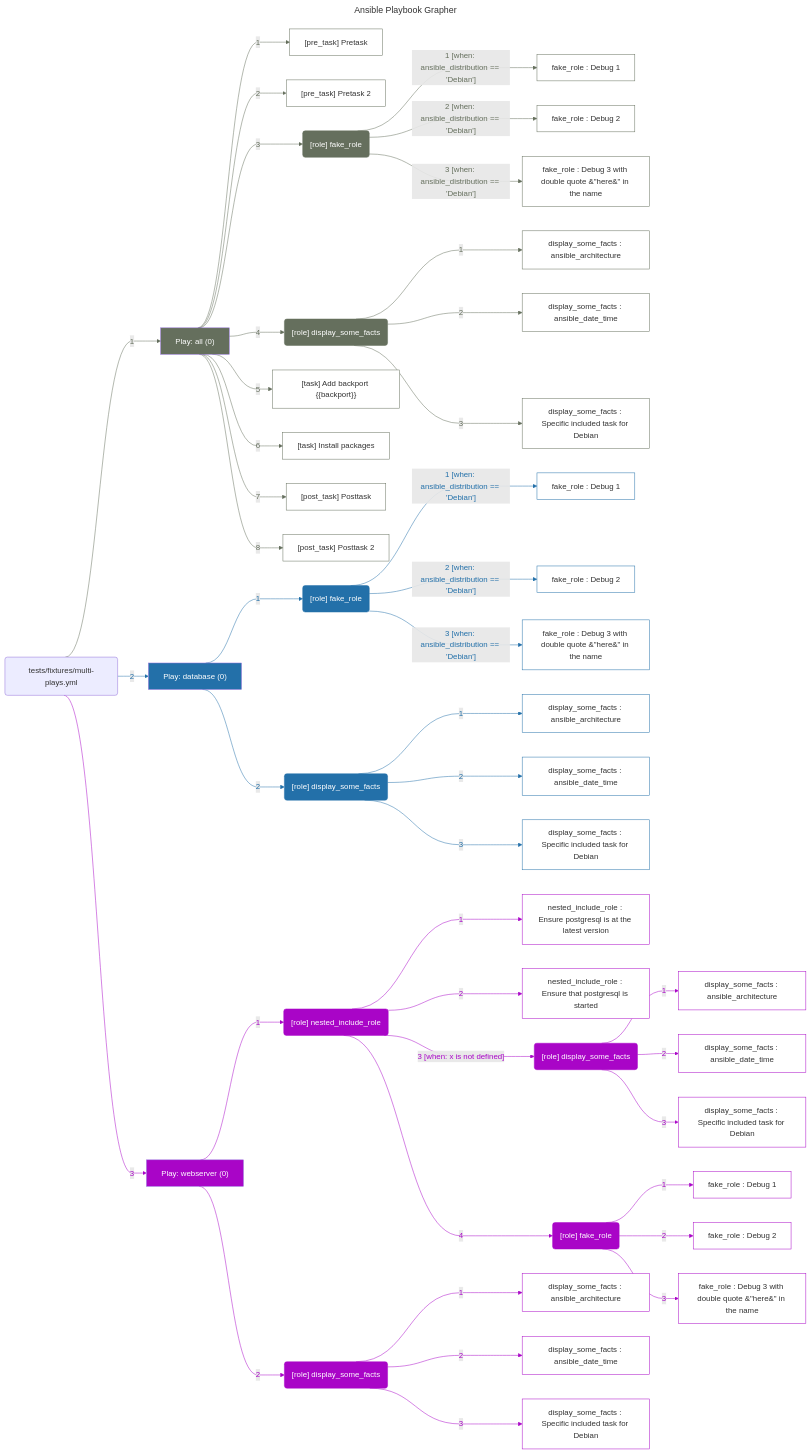
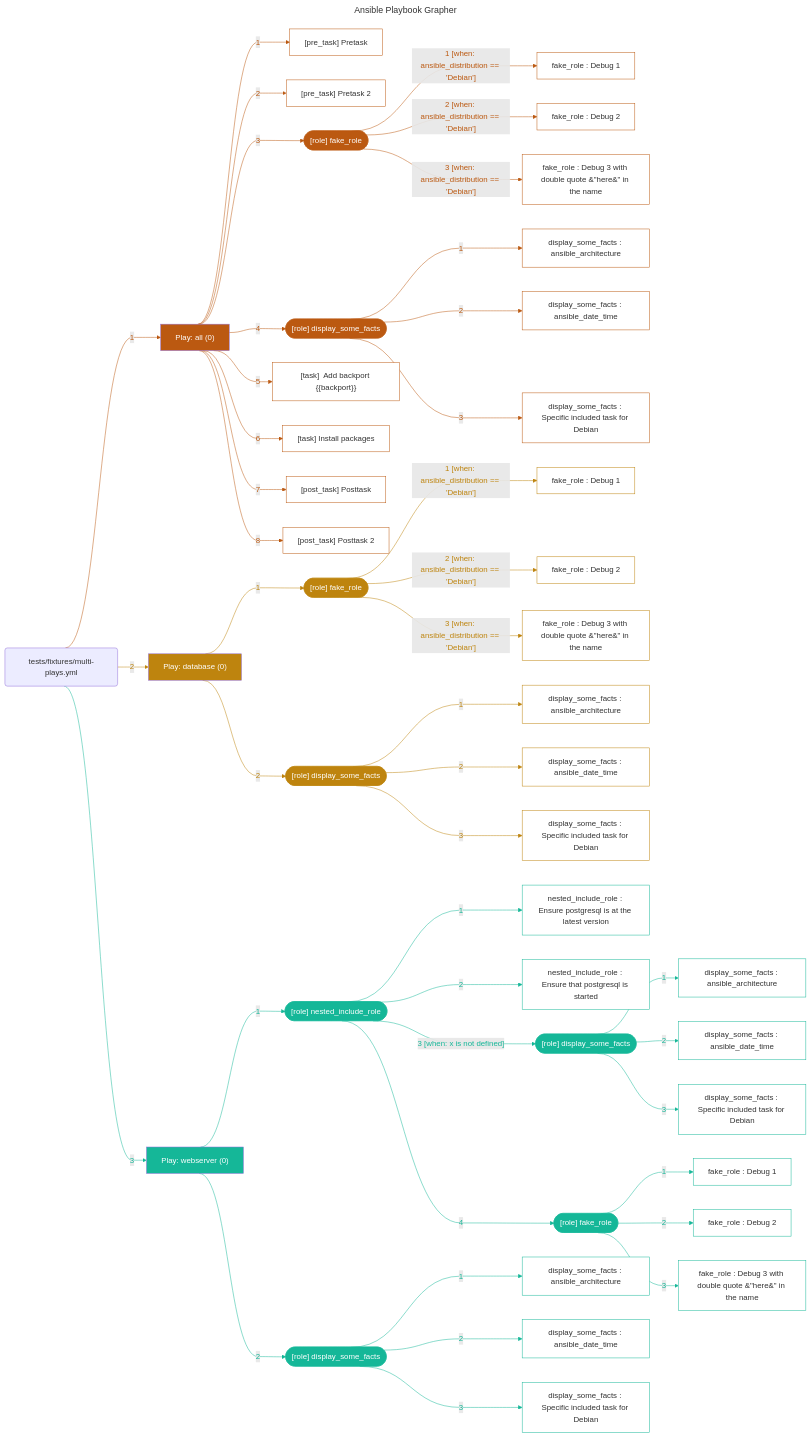
The diagram in README.md (haidaraM/ansible-playbook-grapher), drawn with Mermaid before and after one commit. The commit also changed other lines of this file and 1 other file, not shown here.

Commit message:
fix(mermaid): More rounded role node for consistency with graphviz

````diff
--- a/README.md
+++ b/README.md
@@ -113,189 +113,191 @@
 ---
 %%{ init: { "flowchart": { "curve": "bumpX" } } }%%
 flowchart LR
-%% Start of the playbook 'tests/fixtures/multi-plays.yml'
-    playbook_34b89e53("tests/fixtures/multi-plays.yml")
-%% Start of the play 'Play: all (0)'
-    play_8c4134b8["Play: all (0)"]
-    style play_8c4134b8 fill:#656f5d, color:#ffffff
-    playbook_34b89e53 -->|" 1 "| play_8c4134b8
-    linkStyle 0 stroke:#656f5d, color:#656f5d
-    pre_task_dd2c1b7d["[pre_task] Pretask"]
-    style pre_task_dd2c1b7d stroke:#656f5d, fill:#ffffff
-    play_8c4134b8 -->|" 1 "| pre_task_dd2c1b7d
-    linkStyle 1 stroke:#656f5d, color:#656f5d
-    pre_task_bc33639f["[pre_task] Pretask 2"]
-    style pre_task_bc33639f stroke:#656f5d, fill:#ffffff
-    play_8c4134b8 -->|" 2 "| pre_task_bc33639f
-    linkStyle 2 stroke:#656f5d, color:#656f5d
-%% Start of the role 'fake_role'
-    play_8c4134b8 -->|" 3 "| role_f4e6fb4d
-    linkStyle 3 stroke:#656f5d, color:#656f5d
-    role_f4e6fb4d("[role] fake_role")
-    style role_f4e6fb4d fill:#656f5d, color:#ffffff, stroke:#656f5d
-    task_94f7fc58[" fake_role : Debug 1"]
-    style task_94f7fc58 stroke:#656f5d, fill:#ffffff
-    role_f4e6fb4d -->|" 1 [when: ansible_distribution == 'Debian'] "| task_94f7fc58
-    linkStyle 4 stroke:#656f5d, color:#656f5d
-    task_bd56c6b5[" fake_role : Debug 2"]
-    style task_bd56c6b5 stroke:#656f5d, fill:#ffffff
-    role_f4e6fb4d -->|" 2 [when: ansible_distribution == 'Debian'] "| task_bd56c6b5
-    linkStyle 5 stroke:#656f5d, color:#656f5d
-    task_4f51a1cc[" fake_role : Debug 3 with double quote &#34;here&#34; in the name"]
-    style task_4f51a1cc stroke:#656f5d, fill:#ffffff
-    role_f4e6fb4d -->|" 3 [when: ansible_distribution == 'Debian'] "| task_4f51a1cc
-    linkStyle 6 stroke:#656f5d, color:#656f5d
-%% End of the role 'fake_role'
-%% Start of the role 'display_some_facts'
-    play_8c4134b8 -->|" 4 "| role_497b8470
-    linkStyle 7 stroke:#656f5d, color:#656f5d
-    role_497b8470("[role] display_some_facts")
-    style role_497b8470 fill:#656f5d, color:#ffffff, stroke:#656f5d
-    task_984b3c44[" display_some_facts : ansible_architecture"]
-    style task_984b3c44 stroke:#656f5d, fill:#ffffff
-    role_497b8470 -->|" 1 "| task_984b3c44
-    linkStyle 8 stroke:#656f5d, color:#656f5d
-    task_3cb4a46c[" display_some_facts : ansible_date_time"]
-    style task_3cb4a46c stroke:#656f5d, fill:#ffffff
-    role_497b8470 -->|" 2 "| task_3cb4a46c
-    linkStyle 9 stroke:#656f5d, color:#656f5d
-    task_715c2049[" display_some_facts : Specific included task for Debian"]
-    style task_715c2049 stroke:#656f5d, fill:#ffffff
-    role_497b8470 -->|" 3 "| task_715c2049
-    linkStyle 10 stroke:#656f5d, color:#656f5d
-%% End of the role 'display_some_facts'
-    task_d8b579ea["[task] Add backport {{backport}}"]
-    style task_d8b579ea stroke:#656f5d, fill:#ffffff
-    play_8c4134b8 -->|" 5 "| task_d8b579ea
-    linkStyle 11 stroke:#656f5d, color:#656f5d
-    task_99117197["[task] Install packages"]
-    style task_99117197 stroke:#656f5d, fill:#ffffff
-    play_8c4134b8 -->|" 6 "| task_99117197
-    linkStyle 12 stroke:#656f5d, color:#656f5d
-    post_task_f789bda0["[post_task] Posttask"]
-    style post_task_f789bda0 stroke:#656f5d, fill:#ffffff
-    play_8c4134b8 -->|" 7 "| post_task_f789bda0
-    linkStyle 13 stroke:#656f5d, color:#656f5d
-    post_task_08755b4b["[post_task] Posttask 2"]
-    style post_task_08755b4b stroke:#656f5d, fill:#ffffff
-    play_8c4134b8 -->|" 8 "| post_task_08755b4b
-    linkStyle 14 stroke:#656f5d, color:#656f5d
-%% End of the play 'Play: all (0)'
-%% Start of the play 'Play: database (0)'
-    play_40fea3c6["Play: database (0)"]
-    style play_40fea3c6 fill:#2370a9, color:#ffffff
-    playbook_34b89e53 -->|" 2 "| play_40fea3c6
-    linkStyle 15 stroke:#2370a9, color:#2370a9
-%% Start of the role 'fake_role'
-    play_40fea3c6 -->|" 1 "| role_38fdd7bb
-    linkStyle 16 stroke:#2370a9, color:#2370a9
-    role_38fdd7bb("[role] fake_role")
-    style role_38fdd7bb fill:#2370a9, color:#ffffff, stroke:#2370a9
-    task_54a811a1[" fake_role : Debug 1"]
-    style task_54a811a1 stroke:#2370a9, fill:#ffffff
-    role_38fdd7bb -->|" 1 [when: ansible_distribution == 'Debian'] "| task_54a811a1
-    linkStyle 17 stroke:#2370a9, color:#2370a9
-    task_0400749b[" fake_role : Debug 2"]
-    style task_0400749b stroke:#2370a9, fill:#ffffff
-    role_38fdd7bb -->|" 2 [when: ansible_distribution == 'Debian'] "| task_0400749b
-    linkStyle 18 stroke:#2370a9, color:#2370a9
-    task_e453cadd[" fake_role : Debug 3 with double quote &#34;here&#34; in the name"]
-    style task_e453cadd stroke:#2370a9, fill:#ffffff
-    role_38fdd7bb -->|" 3 [when: ansible_distribution == 'Debian'] "| task_e453cadd
-    linkStyle 19 stroke:#2370a9, color:#2370a9
-%% End of the role 'fake_role'
-%% Start of the role 'display_some_facts'
-    play_40fea3c6 -->|" 2 "| role_b05b7094
-    linkStyle 20 stroke:#2370a9, color:#2370a9
-    role_b05b7094("[role] display_some_facts")
-    style role_b05b7094 fill:#2370a9, color:#ffffff, stroke:#2370a9
-    task_153db06e[" display_some_facts : ansible_architecture"]
-    style task_153db06e stroke:#2370a9, fill:#ffffff
-    role_b05b7094 -->|" 1 "| task_153db06e
-    linkStyle 21 stroke:#2370a9, color:#2370a9
-    task_13df99ce[" display_some_facts : ansible_date_time"]
-    style task_13df99ce stroke:#2370a9, fill:#ffffff
-    role_b05b7094 -->|" 2 "| task_13df99ce
-    linkStyle 22 stroke:#2370a9, color:#2370a9
-    task_369b5720[" display_some_facts : Specific included task for Debian"]
-    style task_369b5720 stroke:#2370a9, fill:#ffffff
-    role_b05b7094 -->|" 3 "| task_369b5720
-    linkStyle 23 stroke:#2370a9, color:#2370a9
-%% End of the role 'display_some_facts'
-%% End of the play 'Play: database (0)'
-%% Start of the play 'Play: webserver (0)'
-    play_a68ff4e7["Play: webserver (0)"]
-    style play_a68ff4e7 fill:#a905c7, color:#ffffff
-    playbook_34b89e53 -->|" 3 "| play_a68ff4e7
-    linkStyle 24 stroke:#a905c7, color:#a905c7
-%% Start of the role 'nested_include_role'
-    play_a68ff4e7 -->|" 1 "| role_8bcf64e2
-    linkStyle 25 stroke:#a905c7, color:#a905c7
-    role_8bcf64e2("[role] nested_include_role")
-    style role_8bcf64e2 fill:#a905c7, color:#ffffff, stroke:#a905c7
-    task_bd87cdf3[" nested_include_role : Ensure postgresql is at the latest version"]
-    style task_bd87cdf3 stroke:#a905c7, fill:#ffffff
-    role_8bcf64e2 -->|" 1 "| task_bd87cdf3
-    linkStyle 26 stroke:#a905c7, color:#a905c7
-    task_d7674c4b[" nested_include_role : Ensure that postgresql is started"]
-    style task_d7674c4b stroke:#a905c7, fill:#ffffff
-    role_8bcf64e2 -->|" 2 "| task_d7674c4b
-    linkStyle 27 stroke:#a905c7, color:#a905c7
-%% Start of the role 'display_some_facts'
-    role_8bcf64e2 -->|" 3 [when: x is not defined] "| role_806214e1
-    linkStyle 28 stroke:#a905c7, color:#a905c7
-    role_806214e1("[role] display_some_facts")
-    style role_806214e1 fill:#a905c7, color:#ffffff, stroke:#a905c7
-    task_b1fb63fd[" display_some_facts : ansible_architecture"]
-    style task_b1fb63fd stroke:#a905c7, fill:#ffffff
-    role_806214e1 -->|" 1 "| task_b1fb63fd
-    linkStyle 29 stroke:#a905c7, color:#a905c7
-    task_4a1319fd[" display_some_facts : ansible_date_time"]
-    style task_4a1319fd stroke:#a905c7, fill:#ffffff
-    role_806214e1 -->|" 2 "| task_4a1319fd
-    linkStyle 30 stroke:#a905c7, color:#a905c7
-    task_175005a1[" display_some_facts : Specific included task for Debian"]
-    style task_175005a1 stroke:#a905c7, fill:#ffffff
-    role_806214e1 -->|" 3 "| task_175005a1
-    linkStyle 31 stroke:#a905c7, color:#a905c7
-%% End of the role 'display_some_facts'
-%% Start of the role 'fake_role'
-    role_8bcf64e2 -->|" 4 "| role_557d6933
-    linkStyle 32 stroke:#a905c7, color:#a905c7
-    role_557d6933("[role] fake_role")
-    style role_557d6933 fill:#a905c7, color:#ffffff, stroke:#a905c7
-    task_1fa41f3c[" fake_role : Debug 1"]
-    style task_1fa41f3c stroke:#a905c7, fill:#ffffff
-    role_557d6933 -->|" 1 "| task_1fa41f3c
-    linkStyle 33 stroke:#a905c7, color:#a905c7
-    task_2841d72b[" fake_role : Debug 2"]
-    style task_2841d72b stroke:#a905c7, fill:#ffffff
-    role_557d6933 -->|" 2 "| task_2841d72b
-    linkStyle 34 stroke:#a905c7, color:#a905c7
-    task_e5fef12a[" fake_role : Debug 3 with double quote &#34;here&#34; in the name"]
-    style task_e5fef12a stroke:#a905c7, fill:#ffffff
-    role_557d6933 -->|" 3 "| task_e5fef12a
-    linkStyle 35 stroke:#a905c7, color:#a905c7
-%% End of the role 'fake_role'
-%% End of the role 'nested_include_role'
-%% Start of the role 'display_some_facts'
-    play_a68ff4e7 -->|" 2 "| role_2720d5bc
-    linkStyle 36 stroke:#a905c7, color:#a905c7
-    role_2720d5bc("[role] display_some_facts")
-    style role_2720d5bc fill:#a905c7, color:#ffffff, stroke:#a905c7
-    task_4d8d8def[" display_some_facts : ansible_architecture"]
-    style task_4d8d8def stroke:#a905c7, fill:#ffffff
-    role_2720d5bc -->|" 1 "| task_4d8d8def
-    linkStyle 37 stroke:#a905c7, color:#a905c7
-    task_58aea4f6[" display_some_facts : ansible_date_time"]
-    style task_58aea4f6 stroke:#a905c7, fill:#ffffff
-    role_2720d5bc -->|" 2 "| task_58aea4f6
-    linkStyle 38 stroke:#a905c7, color:#a905c7
-    task_800f91e9[" display_some_facts : Specific included task for Debian"]
-    style task_800f91e9 stroke:#a905c7, fill:#ffffff
-    role_2720d5bc -->|" 3 "| task_800f91e9
-    linkStyle 39 stroke:#a905c7, color:#a905c7
-%% End of the role 'display_some_facts'
-%% End of the play 'Play: webserver (0)'
-%% End of the playbook 'tests/fixtures/multi-plays.yml'
+	%% Start of the playbook 'tests/fixtures/multi-plays.yml'
+	playbook_d5b7b204("tests/fixtures/multi-plays.yml")
+		%% Start of the play 'Play: all (0)'
+		play_8675d2cb["Play: all (0)"]
+		style play_8675d2cb fill:#bb5911,color:#ffffff
+		playbook_d5b7b204 --> |"1"| play_8675d2cb
+		linkStyle 0 stroke:#bb5911,color:#bb5911
+			pre_task_bf106fae["[pre_task]  Pretask"]
+			style pre_task_bf106fae stroke:#bb5911,fill:#ffffff
+			play_8675d2cb --> |"1"| pre_task_bf106fae
+			linkStyle 1 stroke:#bb5911,color:#bb5911
+			pre_task_af7f2dfe["[pre_task]  Pretask 2"]
+			style pre_task_af7f2dfe stroke:#bb5911,fill:#ffffff
+			play_8675d2cb --> |"2"| pre_task_af7f2dfe
+			linkStyle 2 stroke:#bb5911,color:#bb5911
+			%% Start of the role 'fake_role'
+			play_8675d2cb --> |"3"| role_4402808c
+			linkStyle 3 stroke:#bb5911,color:#bb5911
+			role_4402808c(["[role] fake_role"])
+			style role_4402808c fill:#bb5911,color:#ffffff,stroke:#bb5911
+				task_23c06dad[" fake_role : Debug 1"]
+				style task_23c06dad stroke:#bb5911,fill:#ffffff
+				role_4402808c --> |"1 [when: ansible_distribution == 'Debian']"| task_23c06dad
+				linkStyle 4 stroke:#bb5911,color:#bb5911
+				task_65fef46c[" fake_role : Debug 2"]
+				style task_65fef46c stroke:#bb5911,fill:#ffffff
+				role_4402808c --> |"2 [when: ansible_distribution == 'Debian']"| task_65fef46c
+				linkStyle 5 stroke:#bb5911,color:#bb5911
+				task_0a1590a1[" fake_role : Debug 3 with double quote &#34;here&#34; in the name"]
+				style task_0a1590a1 stroke:#bb5911,fill:#ffffff
+				role_4402808c --> |"3 [when: ansible_distribution == 'Debian']"| task_0a1590a1
+				linkStyle 6 stroke:#bb5911,color:#bb5911
+			%% End of the role 'fake_role'
+			%% Start of the role 'display_some_facts'
+			play_8675d2cb --> |"4"| role_32b5ac2f
+			linkStyle 7 stroke:#bb5911,color:#bb5911
+			role_32b5ac2f(["[role] display_some_facts"])
+			style role_32b5ac2f fill:#bb5911,color:#ffffff,stroke:#bb5911
+				task_71e941a2[" display_some_facts : ansible_architecture"]
+				style task_71e941a2 stroke:#bb5911,fill:#ffffff
+				role_32b5ac2f --> |"1"| task_71e941a2
+				linkStyle 8 stroke:#bb5911,color:#bb5911
+				task_9dce7b72[" display_some_facts : ansible_date_time"]
+				style task_9dce7b72 stroke:#bb5911,fill:#ffffff
+				role_32b5ac2f --> |"2"| task_9dce7b72
+				linkStyle 9 stroke:#bb5911,color:#bb5911
+				task_0ce82ea4[" display_some_facts : Specific included task for Debian"]
+				style task_0ce82ea4 stroke:#bb5911,fill:#ffffff
+				role_32b5ac2f --> |"3"| task_0ce82ea4
+				linkStyle 10 stroke:#bb5911,color:#bb5911
+			%% End of the role 'display_some_facts'
+			task_d6e309de["[task]  Add backport {{backport}}"]
+			style task_d6e309de stroke:#bb5911,fill:#ffffff
+			play_8675d2cb --> |"5"| task_d6e309de
+			linkStyle 11 stroke:#bb5911,color:#bb5911
+			task_1ae0e734["[task]  Install packages"]
+			style task_1ae0e734 stroke:#bb5911,fill:#ffffff
+			play_8675d2cb --> |"6"| task_1ae0e734
+			linkStyle 12 stroke:#bb5911,color:#bb5911
+			post_task_d322ca69["[post_task]  Posttask"]
+			style post_task_d322ca69 stroke:#bb5911,fill:#ffffff
+			play_8675d2cb --> |"7"| post_task_d322ca69
+			linkStyle 13 stroke:#bb5911,color:#bb5911
+			post_task_38ae6bb3["[post_task]  Posttask 2"]
+			style post_task_38ae6bb3 stroke:#bb5911,fill:#ffffff
+			play_8675d2cb --> |"8"| post_task_38ae6bb3
+			linkStyle 14 stroke:#bb5911,color:#bb5911
+		%% End of the play 'Play: all (0)'
+		%% Start of the play 'Play: database (0)'
+		play_a824267c["Play: database (0)"]
+		style play_a824267c fill:#be840e,color:#ffffff
+		playbook_d5b7b204 --> |"2"| play_a824267c
+		linkStyle 15 stroke:#be840e,color:#be840e
+			%% Start of the role 'fake_role'
+			play_a824267c --> |"1"| role_bdfbf3fb
+			linkStyle 16 stroke:#be840e,color:#be840e
+			role_bdfbf3fb(["[role] fake_role"])
+			style role_bdfbf3fb fill:#be840e,color:#ffffff,stroke:#be840e
+				task_cfc785a5[" fake_role : Debug 1"]
+				style task_cfc785a5 stroke:#be840e,fill:#ffffff
+				role_bdfbf3fb --> |"1 [when: ansible_distribution == 'Debian']"| task_cfc785a5
+				linkStyle 17 stroke:#be840e,color:#be840e
+				task_c0770f6a[" fake_role : Debug 2"]
+				style task_c0770f6a stroke:#be840e,fill:#ffffff
+				role_bdfbf3fb --> |"2 [when: ansible_distribution == 'Debian']"| task_c0770f6a
+				linkStyle 18 stroke:#be840e,color:#be840e
+				task_97973229[" fake_role : Debug 3 with double quote &#34;here&#34; in the name"]
+				style task_97973229 stroke:#be840e,fill:#ffffff
+				role_bdfbf3fb --> |"3 [when: ansible_distribution == 'Debian']"| task_97973229
+				linkStyle 19 stroke:#be840e,color:#be840e
+			%% End of the role 'fake_role'
+			%% Start of the role 'display_some_facts'
+			play_a824267c --> |"2"| role_e98b6ecb
+			linkStyle 20 stroke:#be840e,color:#be840e
+			role_e98b6ecb(["[role] display_some_facts"])
+			style role_e98b6ecb fill:#be840e,color:#ffffff,stroke:#be840e
+				task_cf84ebb9[" display_some_facts : ansible_architecture"]
+				style task_cf84ebb9 stroke:#be840e,fill:#ffffff
+				role_e98b6ecb --> |"1"| task_cf84ebb9
+				linkStyle 21 stroke:#be840e,color:#be840e
+				task_297330d7[" display_some_facts : ansible_date_time"]
+				style task_297330d7 stroke:#be840e,fill:#ffffff
+				role_e98b6ecb --> |"2"| task_297330d7
+				linkStyle 22 stroke:#be840e,color:#be840e
+				task_7588f2aa[" display_some_facts : Specific included task for Debian"]
+				style task_7588f2aa stroke:#be840e,fill:#ffffff
+				role_e98b6ecb --> |"3"| task_7588f2aa
+				linkStyle 23 stroke:#be840e,color:#be840e
+			%% End of the role 'display_some_facts'
+		%% End of the play 'Play: database (0)'
+		%% Start of the play 'Play: webserver (0)'
+		play_f55f065e["Play: webserver (0)"]
+		style play_f55f065e fill:#15b798,color:#ffffff
+		playbook_d5b7b204 --> |"3"| play_f55f065e
+		linkStyle 24 stroke:#15b798,color:#15b798
+			%% Start of the role 'nested_include_role'
+			play_f55f065e --> |"1"| role_14a2f4f8
+			linkStyle 25 stroke:#15b798,color:#15b798
+			role_14a2f4f8(["[role] nested_include_role"])
+			style role_14a2f4f8 fill:#15b798,color:#ffffff,stroke:#15b798
+				task_091dd98d[" nested_include_role : Ensure postgresql is at the latest version"]
+				style task_091dd98d stroke:#15b798,fill:#ffffff
+				role_14a2f4f8 --> |"1"| task_091dd98d
+				linkStyle 26 stroke:#15b798,color:#15b798
+				task_344d9468[" nested_include_role : Ensure that postgresql is started"]
+				style task_344d9468 stroke:#15b798,fill:#ffffff
+				role_14a2f4f8 --> |"2"| task_344d9468
+				linkStyle 27 stroke:#15b798,color:#15b798
+				%% Start of the role 'display_some_facts'
+				role_14a2f4f8 --> |"3 [when: x is not defined]"| role_63f4df20
+				linkStyle 28 stroke:#15b798,color:#15b798
+				role_63f4df20(["[role] display_some_facts"])
+				style role_63f4df20 fill:#15b798,color:#ffffff,stroke:#15b798
+					task_317db5e6[" display_some_facts : ansible_architecture"]
+					style task_317db5e6 stroke:#15b798,fill:#ffffff
+					role_63f4df20 --> |"1"| task_317db5e6
+					linkStyle 29 stroke:#15b798,color:#15b798
+					task_69e11af2[" display_some_facts : ansible_date_time"]
+					style task_69e11af2 stroke:#15b798,fill:#ffffff
+					role_63f4df20 --> |"2"| task_69e11af2
+					linkStyle 30 stroke:#15b798,color:#15b798
+					task_2ff7dd92[" display_some_facts : Specific included task for Debian"]
+					style task_2ff7dd92 stroke:#15b798,fill:#ffffff
+					role_63f4df20 --> |"3"| task_2ff7dd92
+					linkStyle 31 stroke:#15b798,color:#15b798
+				%% End of the role 'display_some_facts'
+				%% Start of the role 'fake_role'
+				role_14a2f4f8 --> |"4"| role_4e9fc5c1
+				linkStyle 32 stroke:#15b798,color:#15b798
+				role_4e9fc5c1(["[role] fake_role"])
+				style role_4e9fc5c1 fill:#15b798,color:#ffffff,stroke:#15b798
+					task_7ecbc842[" fake_role : Debug 1"]
+					style task_7ecbc842 stroke:#15b798,fill:#ffffff
+					role_4e9fc5c1 --> |"1"| task_7ecbc842
+					linkStyle 33 stroke:#15b798,color:#15b798
+					task_4207343a[" fake_role : Debug 2"]
+					style task_4207343a stroke:#15b798,fill:#ffffff
+					role_4e9fc5c1 --> |"2"| task_4207343a
+					linkStyle 34 stroke:#15b798,color:#15b798
+					task_8e980b40[" fake_role : Debug 3 with double quote &#34;here&#34; in the name"]
+					style task_8e980b40 stroke:#15b798,fill:#ffffff
+					role_4e9fc5c1 --> |"3"| task_8e980b40
+					linkStyle 35 stroke:#15b798,color:#15b798
+				%% End of the role 'fake_role'
+			%% End of the role 'nested_include_role'
+			%% Start of the role 'display_some_facts'
+			play_f55f065e --> |"2"| role_cd38738f
+			linkStyle 36 stroke:#15b798,color:#15b798
+			role_cd38738f(["[role] display_some_facts"])
+			style role_cd38738f fill:#15b798,color:#ffffff,stroke:#15b798
+				task_67fbb657[" display_some_facts : ansible_architecture"]
+				style task_67fbb657 stroke:#15b798,fill:#ffffff
+				role_cd38738f --> |"1"| task_67fbb657
+				linkStyle 37 stroke:#15b798,color:#15b798
+				task_ea07b561[" display_some_facts : ansible_date_time"]
+				style task_ea07b561 stroke:#15b798,fill:#ffffff
+				role_cd38738f --> |"2"| task_ea07b561
+				linkStyle 38 stroke:#15b798,color:#15b798
+				task_901f2d17[" display_some_facts : Specific included task for Debian"]
+				style task_901f2d17 stroke:#15b798,fill:#ffffff
+				role_cd38738f --> |"3"| task_901f2d17
+				linkStyle 39 stroke:#15b798,color:#15b798
+			%% End of the role 'display_some_facts'
+		%% End of the play 'Play: webserver (0)'
+	%% End of the playbook 'tests/fixtures/multi-plays.yml'
+
+
 ```
````
